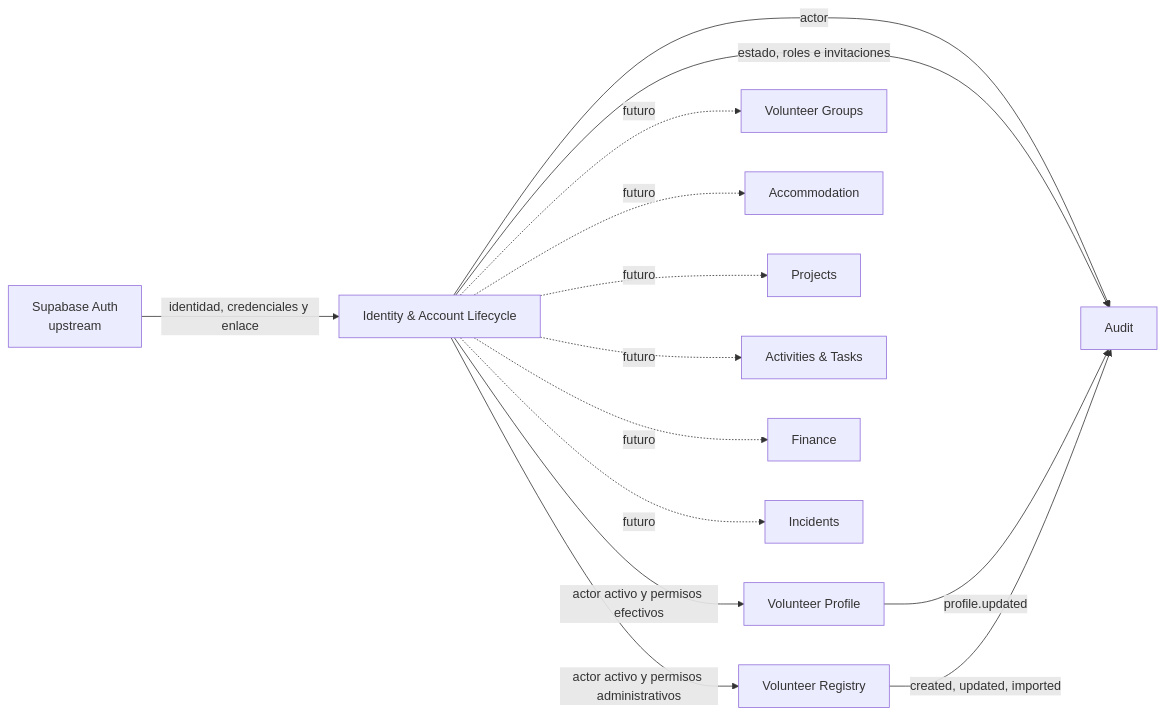
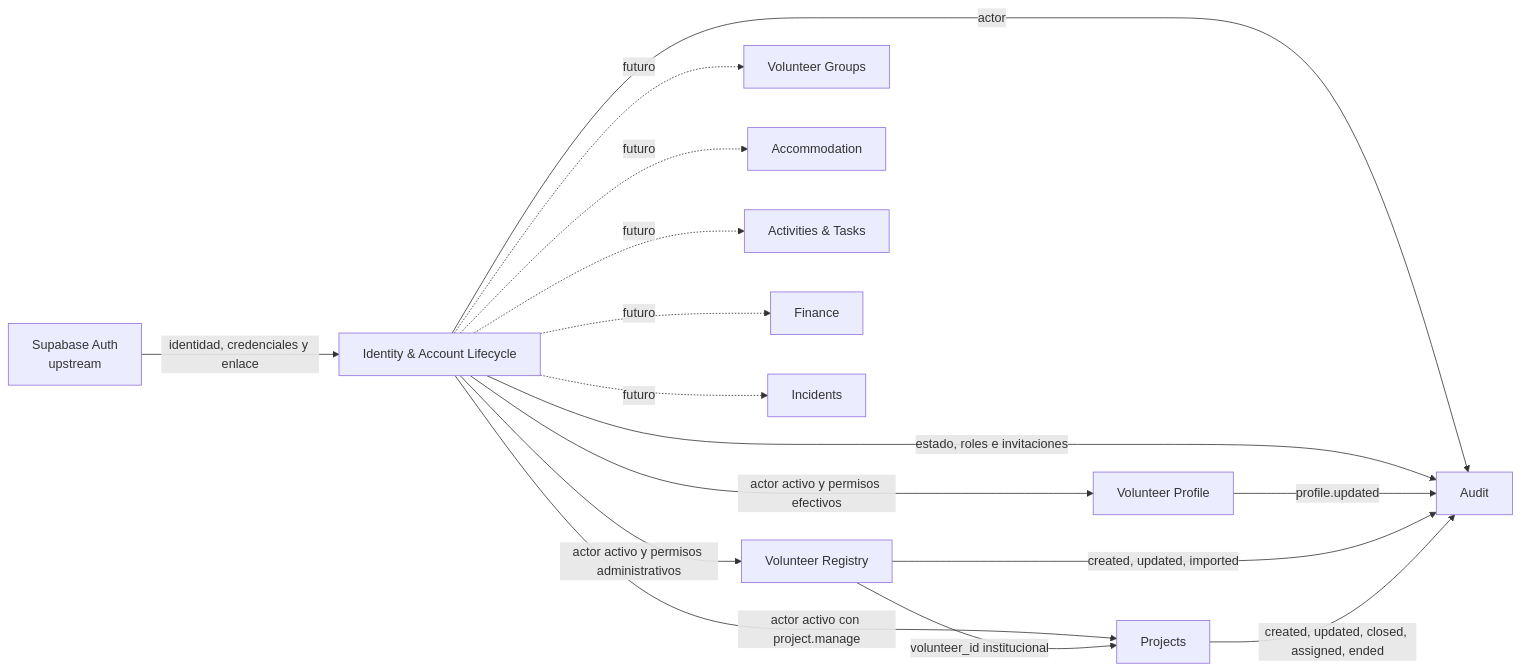
One commit to grovergonzalez8/Sistema-Voluntariado changed the first of 2 diagrams in docs/architecture/context-map.md. Above: the diagram before and after it, drawn with Mermaid. The commit also changed other lines of this file and 54 other files, not shown here.

First line of the commit message:
Feat/project volunteer assignments v1 (#3)

````diff
--- a/docs/architecture/context-map.md
+++ b/docs/architecture/context-map.md
@@ -3,16 +3,18 @@
 ```mermaid
 flowchart LR
   Auth["Supabase Auth\nupstream"] -->|identidad, credenciales y enlace| Identity["Identity & Account Lifecycle"]
   Identity -->|actor activo y permisos efectivos| Profile["Volunteer Profile"]
   Identity -->|actor activo y permisos administrativos| Registry["Volunteer Registry"]
+  Identity -->|actor activo con project.manage| Projects["Projects"]
+  Registry -->|volunteer_id institucional| Projects
   Identity -->|actor| Audit["Audit"]
   Identity -->|estado, roles e invitaciones| Audit
   Profile -->|profile.updated| Audit
   Registry -->|created, updated, imported| Audit
+  Projects -->|created, updated, closed, assigned, ended| Audit
   Identity -. futuro .-> Groups["Volunteer Groups"]
   Identity -. futuro .-> Accommodation["Accommodation"]
-  Identity -. futuro .-> Projects["Projects"]
   Identity -. futuro .-> Work["Activities & Tasks"]
   Identity -. futuro .-> Finance["Finance"]
   Identity -. futuro .-> Incidents["Incidents"]
 ```
````
